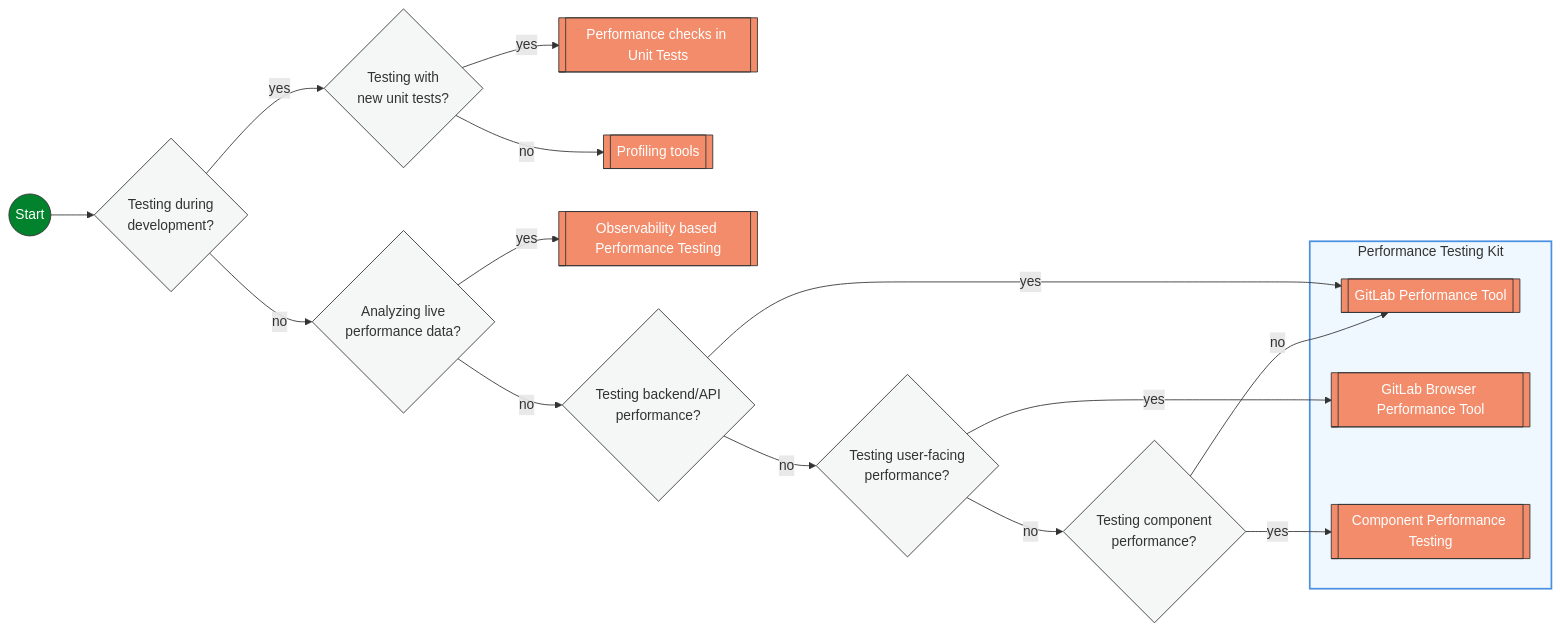
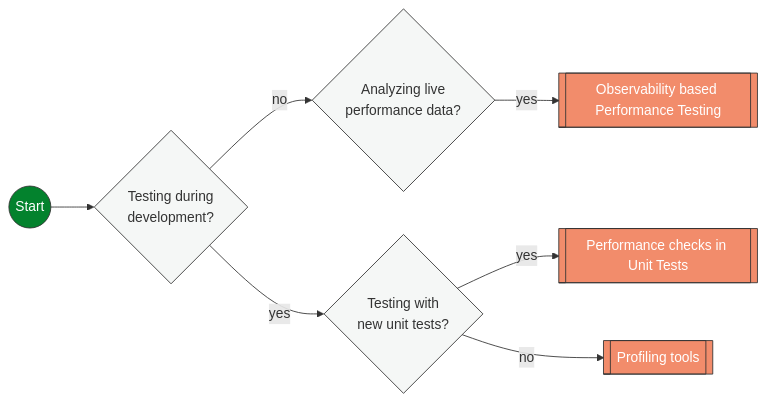
Before and after one commit to zalyoung/gitlab-handbook: the second of 2 diagrams in content/handbook/engineering/testing/performance.md, drawn with Mermaid. The commit also changed other lines of this file, not shown here.

Commit message:
Diagram refactor in process

````diff
--- a/content/handbook/engineering/testing/performance.md
+++ b/content/handbook/engineering/testing/performance.md
@@ -9,66 +80,39 @@
 ```mermaid
 flowchart LR
-  subgraph PTK["Performance Testing Kit"]
-    GPT[[GitLab Performance Tool]]
-    GBPT[[GitLab Browser Performance Tool]]
-    CPT[[Component Performance Testing]]
-  end
-
   START((Start))
   UNIT[[Performance checks in Unit Tests]]
   PROFILE[[Profiling tools]]
   OBSERVE_TEST[[Observability based Performance Testing]]
 
   SPECS{Testing with\nnew unit tests?}
   BUILT{Testing during\ndevelopment?}
-  UI{Testing user-facing\nperformance?}
-  ENV{Testing backend/API\nperformance?}
-  COMPONENT{Testing component\nperformance?}
   OBSERVABILITY{Analyzing live\nperformance data?}
 
   START --> BUILT
   BUILT -- no --> OBSERVABILITY
   BUILT -- yes --> SPECS
   SPECS -- yes --> UNIT
   SPECS -- no --> PROFILE
 
-  UI -- yes --> GBPT
-  UI -- no --> COMPONENT
-
-  COMPONENT -- yes --> CPT
-  COMPONENT -- no --> GPT
 
   OBSERVABILITY -- yes --> OBSERVE_TEST
-  OBSERVABILITY -- no --> ENV
 
-  ENV -- yes --> GPT
-  ENV -- no --> UI
 
   %% Class definition
   classDef decision fill:#f5f7f6,stroke:#333,stroke-width:1px,rx:5px;
   classDef tool fill:#F28C6B,stroke:#333,stroke-width:1px,color:white,rx:5px;
   classDef start fill:#03822d,stroke:#333,stroke-width:1px,color:white,rx:10px;
-  classDef kitStyle fill:#f0f8ff,stroke:#4a90e2,stroke-width:2px,color:#333;
 
-  class UI,ENV,BUILT,COMPONENT,SPECS,OBSERVABILITY decision;
-  class GBPT,CPT,GPT,PROFILE,UNIT,OBSERVE_TEST tool;
+  class BUILT,SPECS,OBSERVABILITY decision;
+  class PROFILE,UNIT,OBSERVE_TEST tool;
   class START start;
-  class PTK kitStyle;
 
   %% Tool tooltips with links
-  click GPT "#system-level-load-testing" "GitLab Performance Tool - Load testing for GitLab instances and reference architectures"
-  click GBPT "#client-side-performance-testing" "Browser performance testing using SiteSpeed.io to measure user-facing performance"
-  click CPT "#component-performance-testing" "Load testing for specific subsystems or components like Gitaly"
-  click PROFILE "#profiling-tools" "Ruby profiling tools: ruby-prof, stackprof, memory_profiler, rbspy, and others"
-  click OBSERVE_TEST "https://handbook.gitlab.com/handbook/engineering/testing/observability_performance/" "Using existing Observability for Performance"
+  click PROFILE "#profiling-tools"
+  click OBSERVE_TEST "https://handbook.gitlab.com/handbook/engineering/testing/observability_performance/"
+  click UNIT "#performance-unit-testing" "Add performance assertions and benchmarks directly within your unit test suite for fast feedback"
 
   %% Decision node tooltips
   click BUILT "javascript:void(0)" "Is the code/feature still under active development? Use early-stage performance tools if yes."
   click SPECS "javascript:void(0)" "Are you writing new test specifications or adding performance assertions to existing tests?"
-  click UI "javascript:void(0)" "Are you primarily testing user-facing performance like page load times and UI responsiveness?"
-  click ENV "javascript:void(0)" "Are you testing server-side performance like API response times, database queries, or system throughput?"
-  click COMPONENT "javascript:void(0)" "Are you testing an isolated component or subsystem rather than the full GitLab application?"
-
-  %% Unit testing tooltip
-  click UNIT "#performance-unit-testing" "Add performance assertions and benchmarks directly within your unit test suite for fast feedback"
-```
+ ```
````
